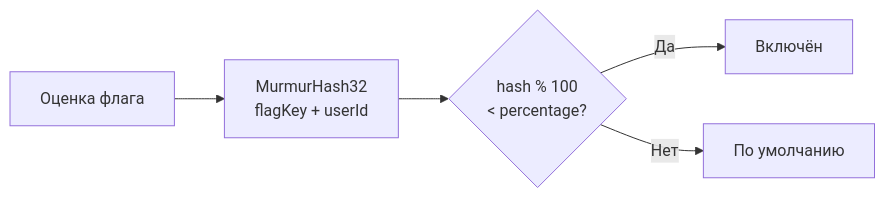
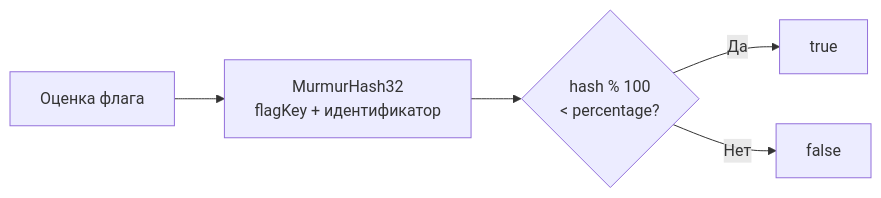
Before and after one commit to edgar-dev20/mozhno: the first of 3 diagrams in docs/guide/rollout.md, drawn with Mermaid. The commit also changed other lines of this file and 1 other file, not shown here.

````diff
--- a/docs/guide/rollout.md
+++ b/docs/guide/rollout.md
@@ -16,7 +20,7 @@
 ```mermaid
 graph LR
-    Eval[Оценка флага] --> Hash[MurmurHash32<br/>flagKey + userId]
+    Eval[Оценка флага] --> Hash[MurmurHash32<br/>flagKey + идентификатор]
     Hash --> Bucket{hash % 100<br/>< percentage?}
-    Bucket -->|Да| True[Включён]
-    Bucket -->|Нет| False[По умолчанию]
+    Bucket -->|Да| True[true]
+    Bucket -->|Нет| False[false]
 ```
````
